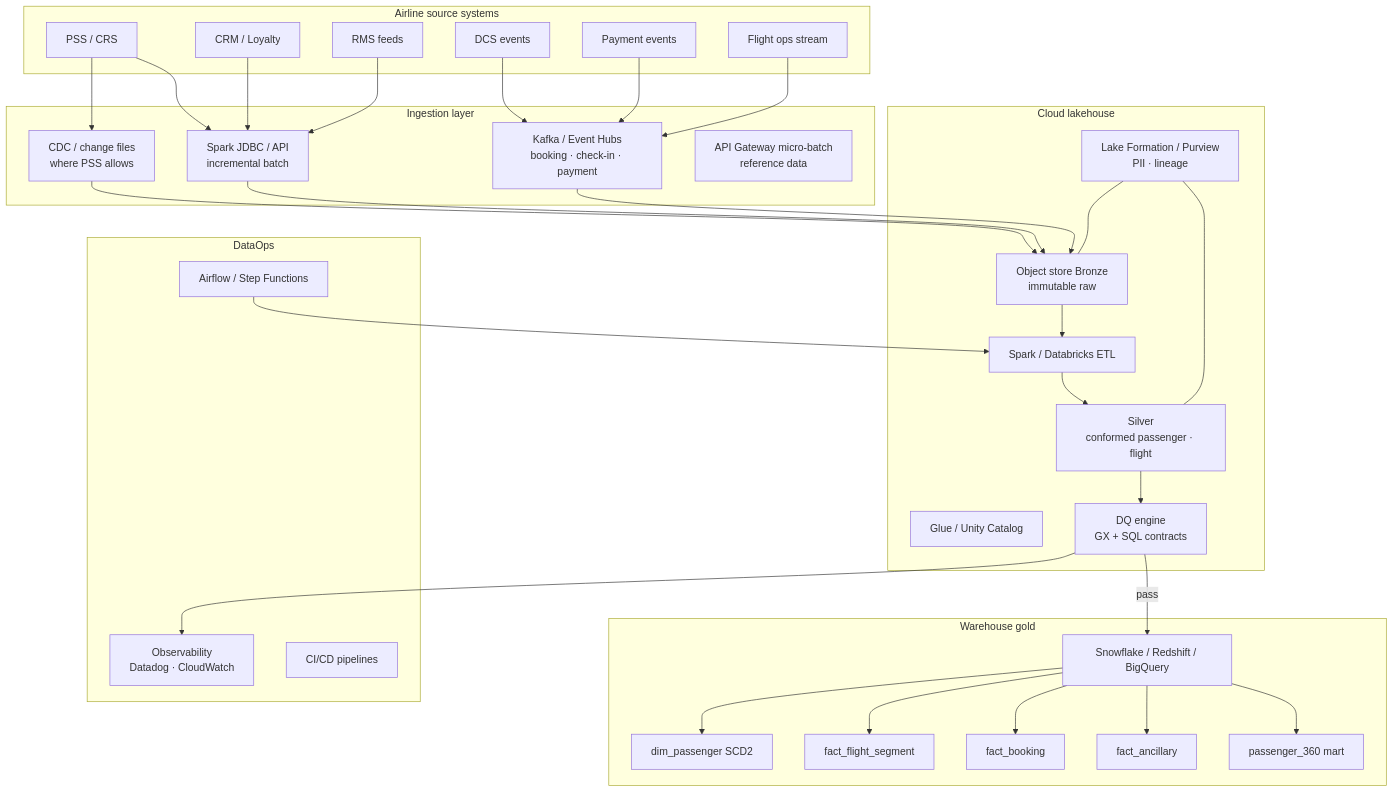
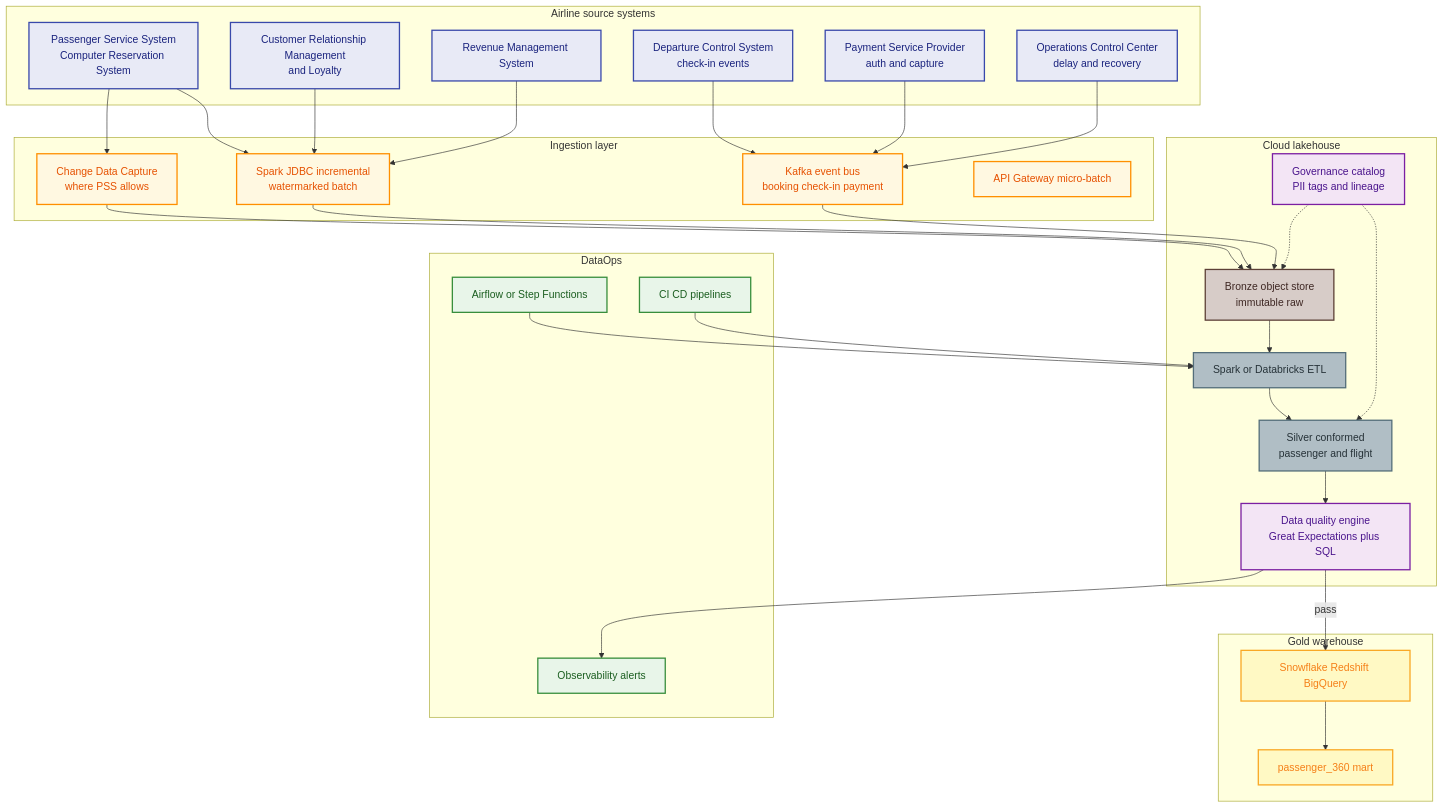
The first of 3 diagrams in docs/03-to-be-architecture.md (willtran112358/airline-domain-data-platform), drawn with Mermaid before and after one commit. The commit also changed other lines of this file and 6 other files, not shown here.

First line of the commit message:
Fix Mermaid render errors and improve diagram visuals

````diff
--- a/docs/03-to-be-architecture.md
+++ b/docs/03-to-be-architecture.md
@@ -9,65 +11,65 @@
 ```mermaid
 flowchart TB
+    classDef source fill:#e8eaf6,stroke:#3949ab,stroke-width:2px,color:#1a237e
+    classDef ingest fill:#fff8e1,stroke:#ff8f00,stroke-width:2px,color:#e65100
+    classDef bronze fill:#d7ccc8,stroke:#5d4037,stroke-width:2px,color:#3e2723
+    classDef silver fill:#b0bec5,stroke:#546e7a,stroke-width:2px,color:#263238
+    classDef gold fill:#fff9c4,stroke:#f9a825,stroke-width:2px,color:#f57f17
+    classDef gov fill:#f3e5f5,stroke:#7b1fa2,stroke-width:2px,color:#4a148c
+    classDef ops fill:#e8f5e9,stroke:#388e3c,stroke-width:2px,color:#1b5e20
+
     subgraph sources["Airline source systems"]
-        PSS["PSS / CRS"]
-        DCS["DCS events"]
-        PAY["Payment events"]
-        CRM["CRM / Loyalty"]
-        RMS["RMS feeds"]
-        OPS["Flight ops stream"]
+        PSS["Passenger Service System<br/>Computer Reservation System"]:::source
+        DCS["Departure Control System<br/>check-in events"]:::source
+        PAY["Payment Service Provider<br/>auth and capture"]:::source
+        CRM["Customer Relationship Management<br/>and Loyalty"]:::source
+        RMS["Revenue Management System"]:::source
+        OCC["Operations Control Center<br/>delay and recovery"]:::source
     end
 
     subgraph ingest["Ingestion layer"]
-        CDC["CDC / change files<br/>where PSS allows"]
-        JDBC["Spark JDBC / API<br/>incremental batch"]
-        MSK["Kafka / Event Hubs<br/>booking · check-in · payment"]
-        API["API Gateway micro-batch<br/>reference data"]
+        CDC["Change Data Capture<br/>where PSS allows"]:::ingest
+        JDBC["Spark JDBC incremental<br/>watermarked batch"]:::ingest
+        MSK["Kafka event bus<br/>booking check-in payment"]:::ingest
+        API["API Gateway micro-batch"]:::ingest
     end
 
     subgraph lake["Cloud lakehouse"]
-        S3B["Object store Bronze<br/>immutable raw"]
-        CAT["Glue / Unity Catalog"]
-        SPARK["Spark / Databricks ETL"]
-        S3S["Silver<br/>conformed passenger · flight"]
-        GOV["Lake Formation / Purview<br/>PII · lineage"]
-        DQ["DQ engine<br/>GX + SQL contracts"]
+        S3B["Bronze object store<br/>immutable raw"]:::bronze
+        SPARK["Spark or Databricks ETL"]:::silver
+        S3S["Silver conformed<br/>passenger and flight"]:::silver
+        DQ["Data quality engine<br/>Great Expectations plus SQL"]:::gov
+        GOV["Governance catalog<br/>PII tags and lineage"]:::gov
     end
 
-    subgraph wh["Warehouse gold"]
-        SF["Snowflake / Redshift / BigQuery"]
-        DM["dim_passenger SCD2"]
-        FF["fact_flight_segment"]
-        FB["fact_booking"]
-        FA["fact_ancillary"]
-        P360["passenger_360 mart"]
+    subgraph wh["Gold warehouse"]
+        SF["Snowflake Redshift BigQuery"]:::gold
+        P360["passenger_360 mart"]:::gold
     end
 
-    subgraph ops["DataOps"]
-        AF["Airflow / Step Functions"]
-        MON["Observability<br/>Datadog · CloudWatch"]
-        CI["CI/CD pipelines"]
+    subgraph dataops["DataOps"]
+        AF["Airflow or Step Functions"]:::ops
+        MON["Observability alerts"]:::ops
+        CI["CI CD pipelines"]:::ops
     end
 
     PSS --> CDC
     PSS --> JDBC
     DCS --> MSK
     PAY --> MSK
     CRM --> JDBC
     RMS --> JDBC
-    OPS --> MSK
+    OCC --> MSK
     CDC --> S3B
     JDBC --> S3B
     MSK --> S3B
     S3B --> SPARK --> S3S
     S3S --> DQ
-    DQ -->|pass| SF
-    SF --> DM
-    SF --> FF
-    SF --> FB
-    SF --> FA
+    DQ -->|"pass"| SF
     SF --> P360
     AF --> SPARK
     DQ --> MON
-    GOV --- S3B
-    GOV --- S3S
+    GOV -.-> S3B
+    GOV -.-> S3S
+    CI --> SPARK
 ```
````
